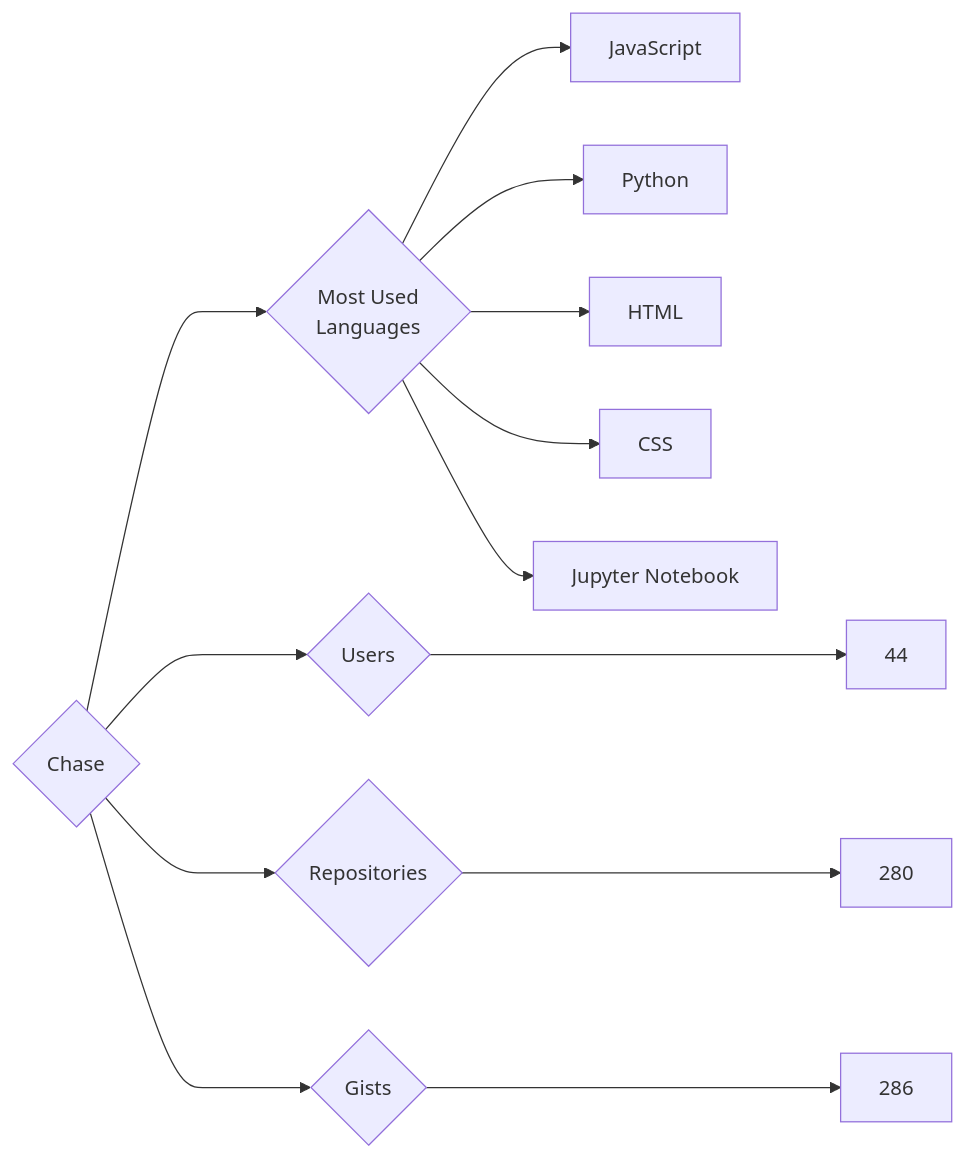
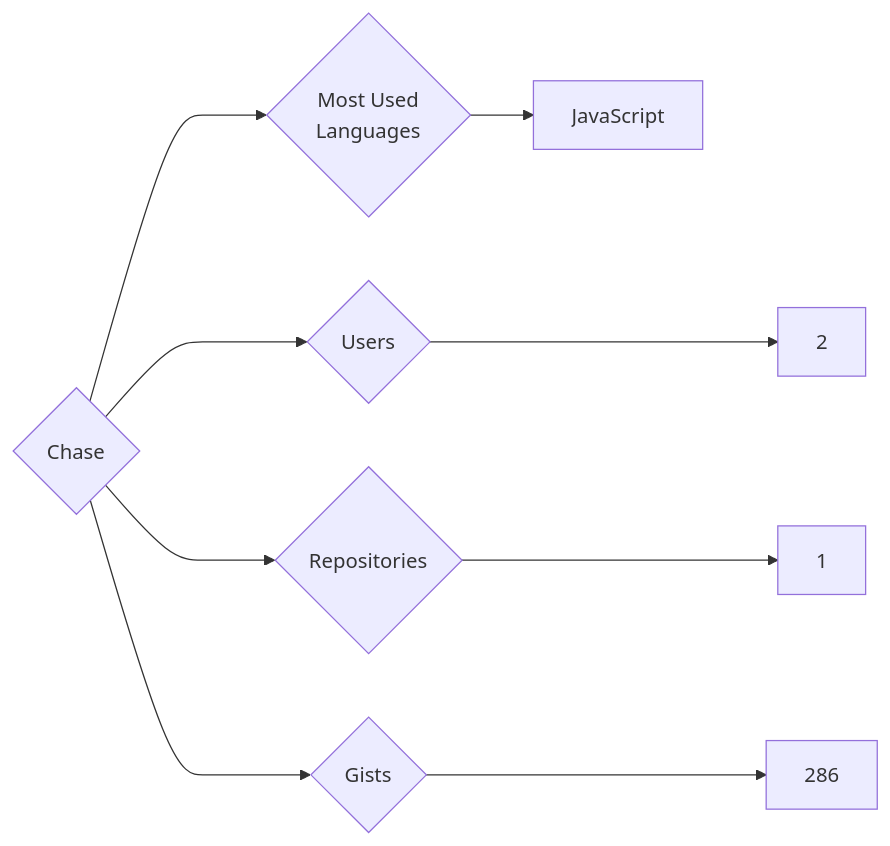
Before and after one commit to trickest/insiders: the diagram in targets/Chase/README.md, drawn with Mermaid. The commit also changed 594 other files, not shown here.

````diff
--- a/targets/Chase/README.md
+++ b/targets/Chase/README.md
@@ -3,13 +3,9 @@
 ```mermaid
 graph LR
 COMPANY_NAME{Chase}
-COMPANY_NAME ---> U{Users} ---> UN[44]
-COMPANY_NAME ---> R{Repositories} ---> RN[280]
+COMPANY_NAME ---> U{Users} ---> UN[2]
+COMPANY_NAME ---> R{Repositories} ---> RN[1]
 COMPANY_NAME ---> G{Gists} ---> GN[286]
 COMPANY_NAME ---> ML{Most Used<br>Languages}
 ML --> JavaScript[JavaScript]
-ML --> Python[Python]
-ML --> HTML[HTML]
-ML --> CSS[CSS]
-ML --> Jupyter_Notebook[Jupyter Notebook]
 ```
````
